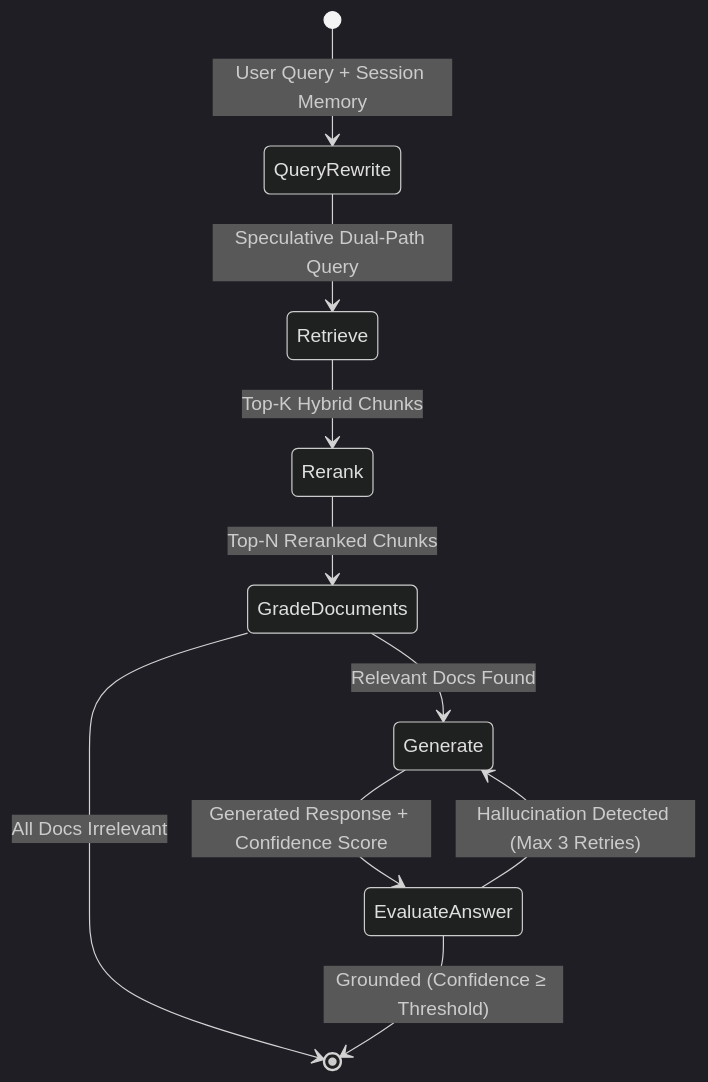
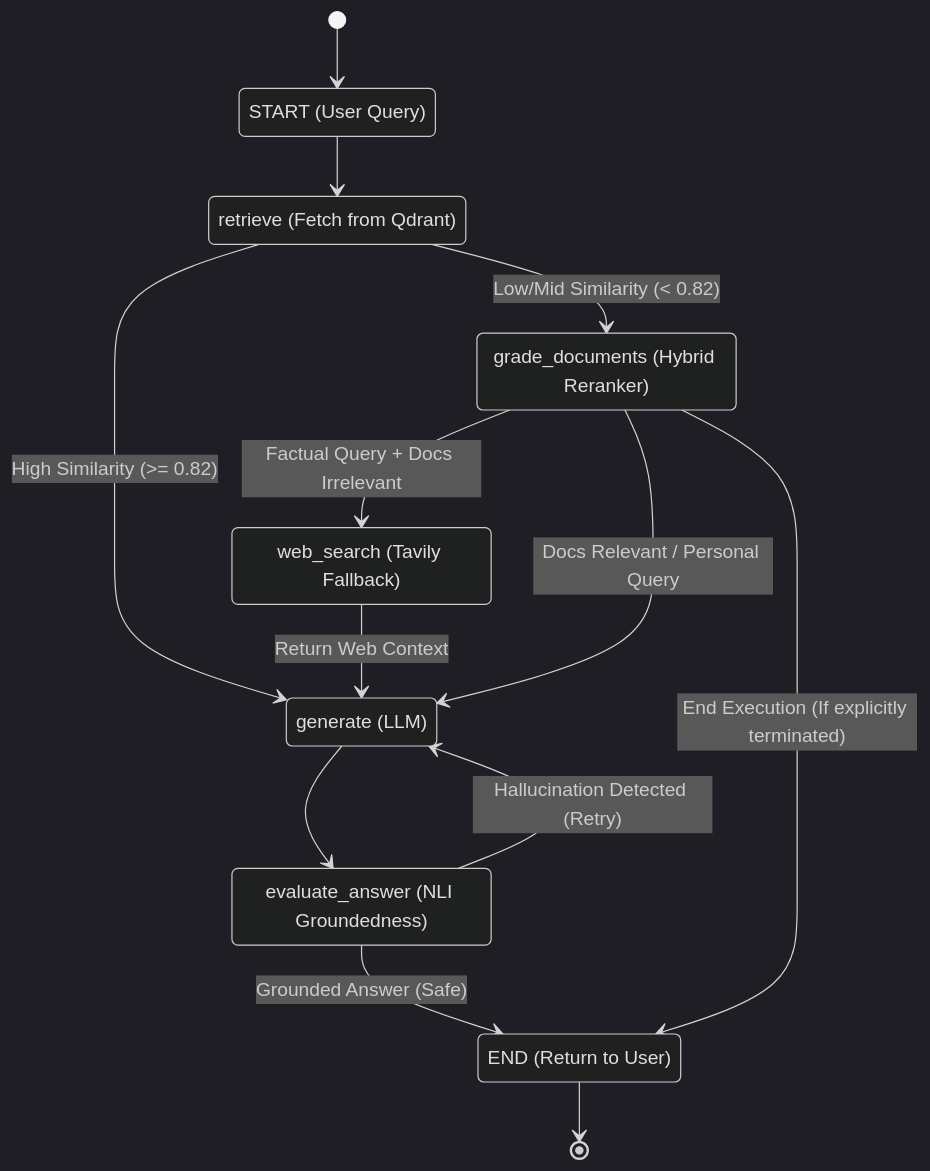
One commit to Vineetiitg/Agentic-Support-Copilot changed the second of 2 diagrams in README.md. Above: the diagram before and after it, drawn with Mermaid (dark theme). The commit also changed other lines of this file, not shown here.

````diff
--- a/README.md
+++ b/README.md
@@ -121,12 +159,34 @@
 ```mermaid
 stateDiagram-v2
-    [*] --> QueryRewrite: User Query + Session Memory
-    QueryRewrite --> Retrieve: Speculative Dual-Path Query
-    Retrieve --> Rerank: Top-K Hybrid Chunks
-    Rerank --> GradeDocuments: Top-N Reranked Chunks
-    GradeDocuments --> Generate: Relevant Docs Found
-    GradeDocuments --> [*]: All Docs Irrelevant
-    Generate --> EvaluateAnswer: Generated Response + Confidence Score
-    EvaluateAnswer --> [*]: Grounded (Confidence ≥ Threshold)
-    EvaluateAnswer --> Generate: Hallucination Detected (Max 3 Retries)
+    %% Define Nodes
+    START: START (User Query)
+    Retrieve: retrieve (Fetch from Qdrant)
+    GradeDocs: grade_documents (Hybrid Reranker)
+    WebSearch: web_search (Tavily Fallback)
+    Generate: generate (LLM)
+    Evaluate: evaluate_answer (NLI Groundedness)
+    END: END (Return to User)
+
+    %% Flow Definitions
+    [*] --> START
+    START --> Retrieve
+    
+    %% Optimistic Routing
+    Retrieve --> Generate: High Similarity (>= 0.82)
+    Retrieve --> GradeDocs: Low/Mid Similarity (< 0.82)
+
+    %% Intent & Relevance Routing
+    GradeDocs --> WebSearch: Factual Query + Docs Irrelevant
+    GradeDocs --> Generate: Docs Relevant / Personal Query
+    GradeDocs --> END: End Execution (If explicitly terminated)
+
+    WebSearch --> Generate: Return Web Context
+
+    %% Generation & Hallucination Checking
+    Generate --> Evaluate
+    
+    Evaluate --> Generate: Hallucination Detected (Retry)
+    Evaluate --> END: Grounded Answer (Safe)
+    
+    END --> [*]
 ```
````
